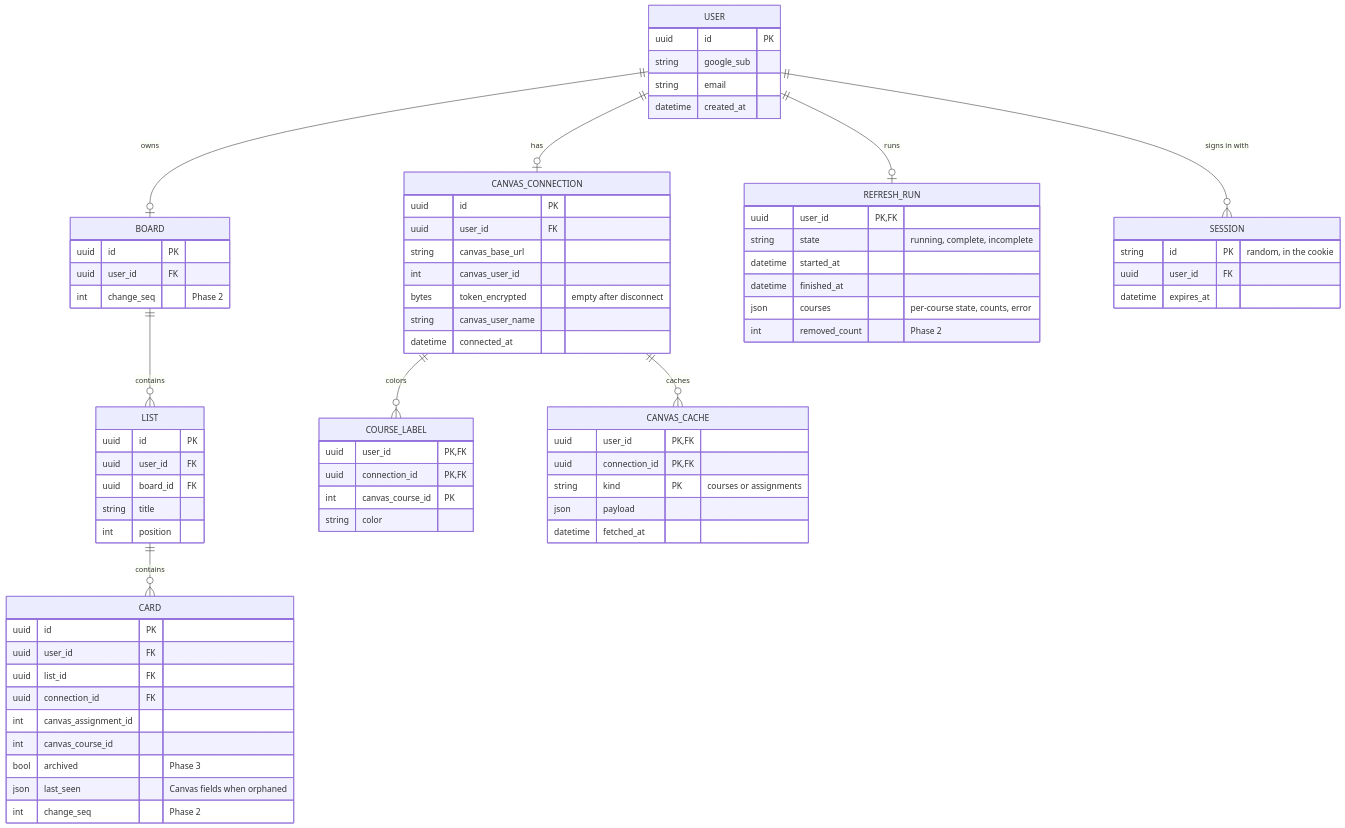
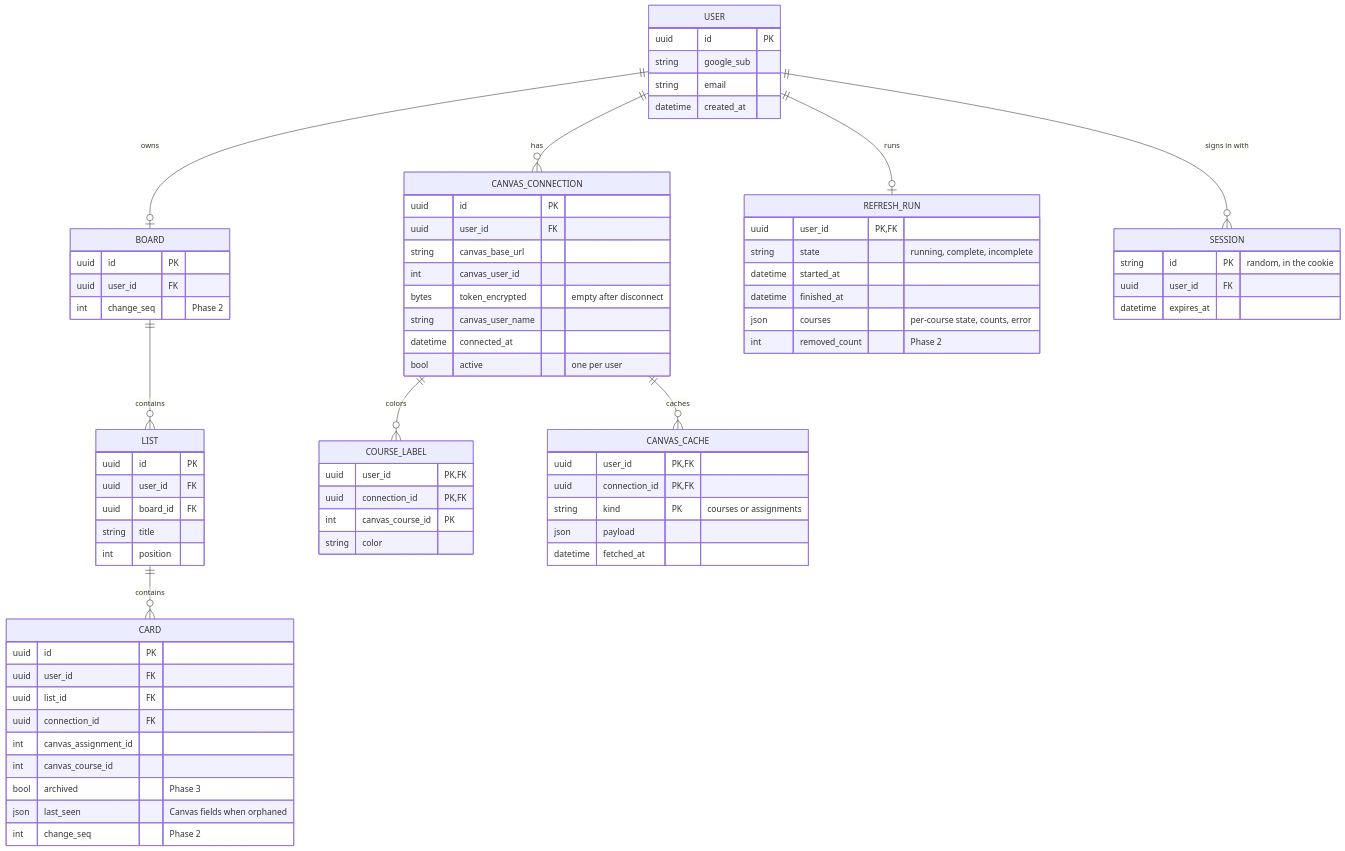
Before and after one commit to bbranton/TestProj: the second of 6 diagrams in docs/canvas-portal/03-design.md, drawn with Mermaid. The commit also changed other lines of this file, not shown here.

First line of the commit message:
Design: keep an old Canvas account's cards hidden (Q-8)

````diff
--- a/docs/canvas-portal/03-design.md
+++ b/docs/canvas-portal/03-design.md
@@ -83,76 +83,77 @@
 ```mermaid
 erDiagram
-    USER ||--o| CANVAS_CONNECTION : has
+    USER ||--o{ CANVAS_CONNECTION : has
     USER ||--o| BOARD : owns
     USER ||--o| REFRESH_RUN : runs
     USER ||--o{ SESSION : "signs in with"
     BOARD ||--o{ LIST : contains
     LIST ||--o{ CARD : contains
     CANVAS_CONNECTION ||--o{ COURSE_LABEL : colors
     CANVAS_CONNECTION ||--o{ CANVAS_CACHE : caches
 
     USER {
         uuid id PK
         string google_sub
         string email
         datetime created_at
     }
     SESSION {
         string id PK "random, in the cookie"
         uuid user_id FK
         datetime expires_at
     }
     CANVAS_CONNECTION {
         uuid id PK
         uuid user_id FK
         string canvas_base_url
         int canvas_user_id
         bytes token_encrypted "empty after disconnect"
         string canvas_user_name
         datetime connected_at
+        bool active "one per user"
     }
     BOARD {
         uuid id PK
         uuid user_id FK
         int change_seq "Phase 2"
     }
     LIST {
         uuid id PK
         uuid user_id FK
         uuid board_id FK
         string title
         int position
     }
     CARD {
         uuid id PK
         uuid user_id FK
         uuid list_id FK
         uuid connection_id FK
         int canvas_assignment_id
         int canvas_course_id
         bool archived "Phase 3"
         json last_seen "Canvas fields when orphaned"
         int change_seq "Phase 2"
     }
     COURSE_LABEL {
         uuid user_id PK, FK
         uuid connection_id PK, FK
         int canvas_course_id PK
         string color
     }
     REFRESH_RUN {
         uuid user_id PK, FK
         string state "running, complete, incomplete"
         datetime started_at
         datetime finished_at
         json courses "per-course state, counts, error"
         int removed_count "Phase 2"
     }
     CANVAS_CACHE {
         uuid user_id PK, FK
         uuid connection_id PK, FK
         string kind PK "courses or assignments"
         json payload
         datetime fetched_at
     }
 ```
````
